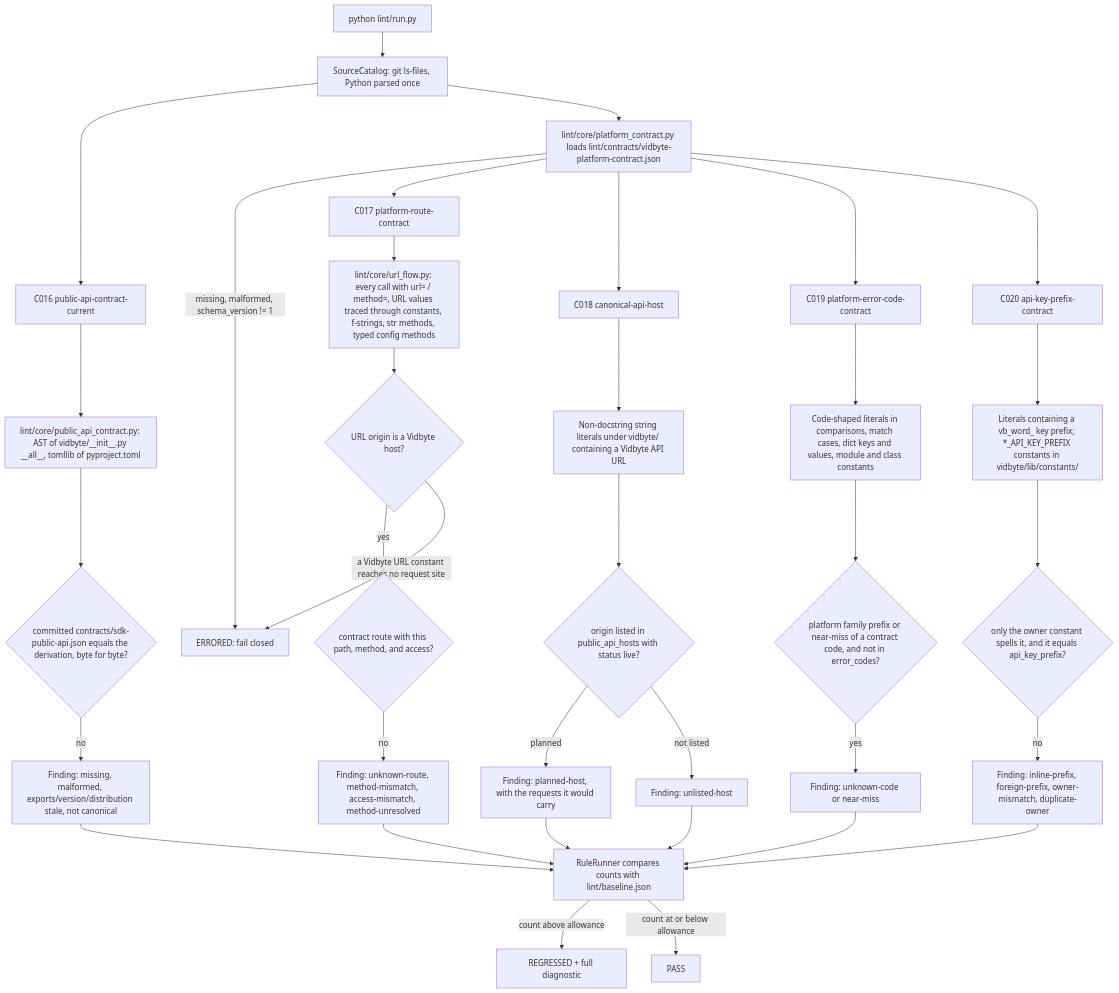
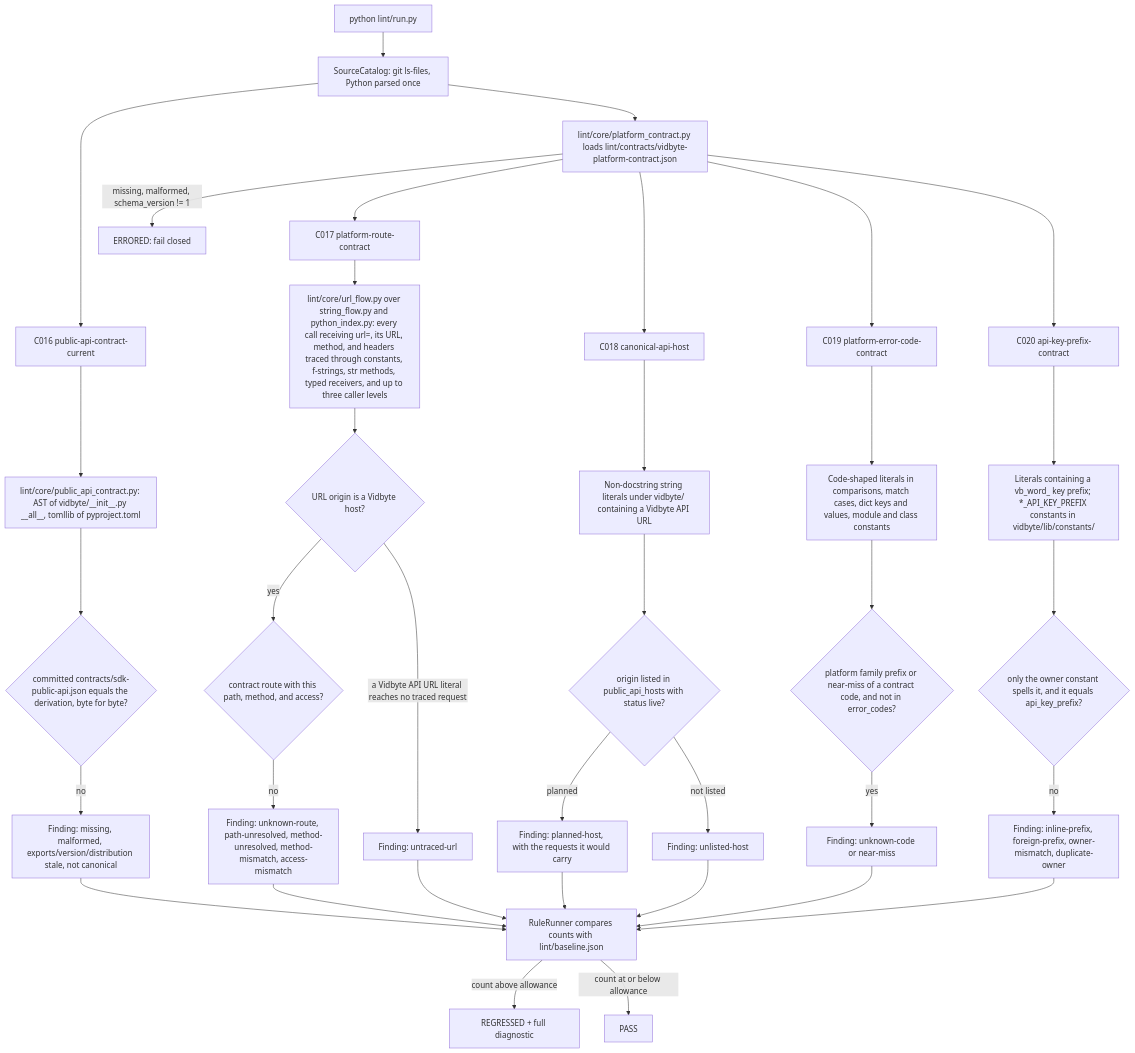
The diagram in docs/design/lint-sdk-cross-repo-contracts.md (cerredz/Vidbyte-SDK), drawn with Mermaid before and after one commit. The commit also changed other lines of this file and 13 other files, not shown here.

First line of the commit message:
feat(lint): add C017 platform-route-contract

````diff
--- a/docs/design/lint-sdk-cross-repo-contracts.md
+++ b/docs/design/lint-sdk-cross-repo-contracts.md
@@ -23,43 +23,44 @@
 ```mermaid
 flowchart TD
     A[python lint/run.py] --> B[SourceCatalog: git ls-files, Python parsed once]
     B --> C016[C016 public-api-contract-current]
     B --> P[lint/core/platform_contract.py loads lint/contracts/vidbyte-platform-contract.json]
     P -->|missing, malformed, schema_version != 1| ERR[ERRORED: fail closed]
     P --> C017[C017 platform-route-contract]
     P --> C018[C018 canonical-api-host]
     P --> C019[C019 platform-error-code-contract]
     P --> C020[C020 api-key-prefix-contract]
 
     C016 --> D1[lint/core/public_api_contract.py: AST of vidbyte/__init__.py __all__, tomllib of pyproject.toml]
     D1 --> D2{committed contracts/sdk-public-api.json equals the derivation, byte for byte?}
     D2 -->|no| F16[Finding: missing, malformed, exports/version/distribution stale, not canonical]
 
-    C017 --> U[lint/core/url_flow.py: every call with url= / method=, URL values traced through constants, f-strings, str methods, typed config methods]
+    C017 --> U[lint/core/url_flow.py over string_flow.py and python_index.py: every call receiving url=, its URL, method, and headers traced through constants, f-strings, str methods, typed receivers, and up to three caller levels]
     U --> U2{URL origin is a Vidbyte host?}
     U2 -->|yes| U3{contract route with this path, method, and access?}
-    U3 -->|no| F17[Finding: unknown-route, method-mismatch, access-mismatch, method-unresolved]
-    U2 -->|a Vidbyte URL constant reaches no request site| ERR
+    U3 -->|no| F17[Finding: unknown-route, path-unresolved, method-unresolved, method-mismatch, access-mismatch]
+    U2 -->|a Vidbyte API URL literal reaches no traced request| F17b[Finding: untraced-url]
 
     C018 --> H1[Non-docstring string literals under vidbyte/ containing a Vidbyte API URL]
     H1 --> H2{origin listed in public_api_hosts with status live?}
     H2 -->|planned| F18a[Finding: planned-host, with the requests it would carry]
     H2 -->|not listed| F18b[Finding: unlisted-host]
 
     C019 --> E1[Code-shaped literals in comparisons, match cases, dict keys and values, module and class constants]
     E1 --> E2{platform family prefix or near-miss of a contract code, and not in error_codes?}
     E2 -->|yes| F19[Finding: unknown-code or near-miss]
 
     C020 --> K1[Literals containing a vb_word_ key prefix; *_API_KEY_PREFIX constants in vidbyte/lib/constants/]
     K1 --> K2{only the owner constant spells it, and it equals api_key_prefix?}
     K2 -->|no| F20[Finding: inline-prefix, foreign-prefix, owner-mismatch, duplicate-owner]
 
     F16 --> R[RuleRunner compares counts with lint/baseline.json]
     F17 --> R
+    F17b --> R
     F18a --> R
     F18b --> R
     F19 --> R
     F20 --> R
     R -->|count above allowance| X[REGRESSED + full diagnostic]
     R -->|count at or below allowance| PASS[PASS]
 ```
````
